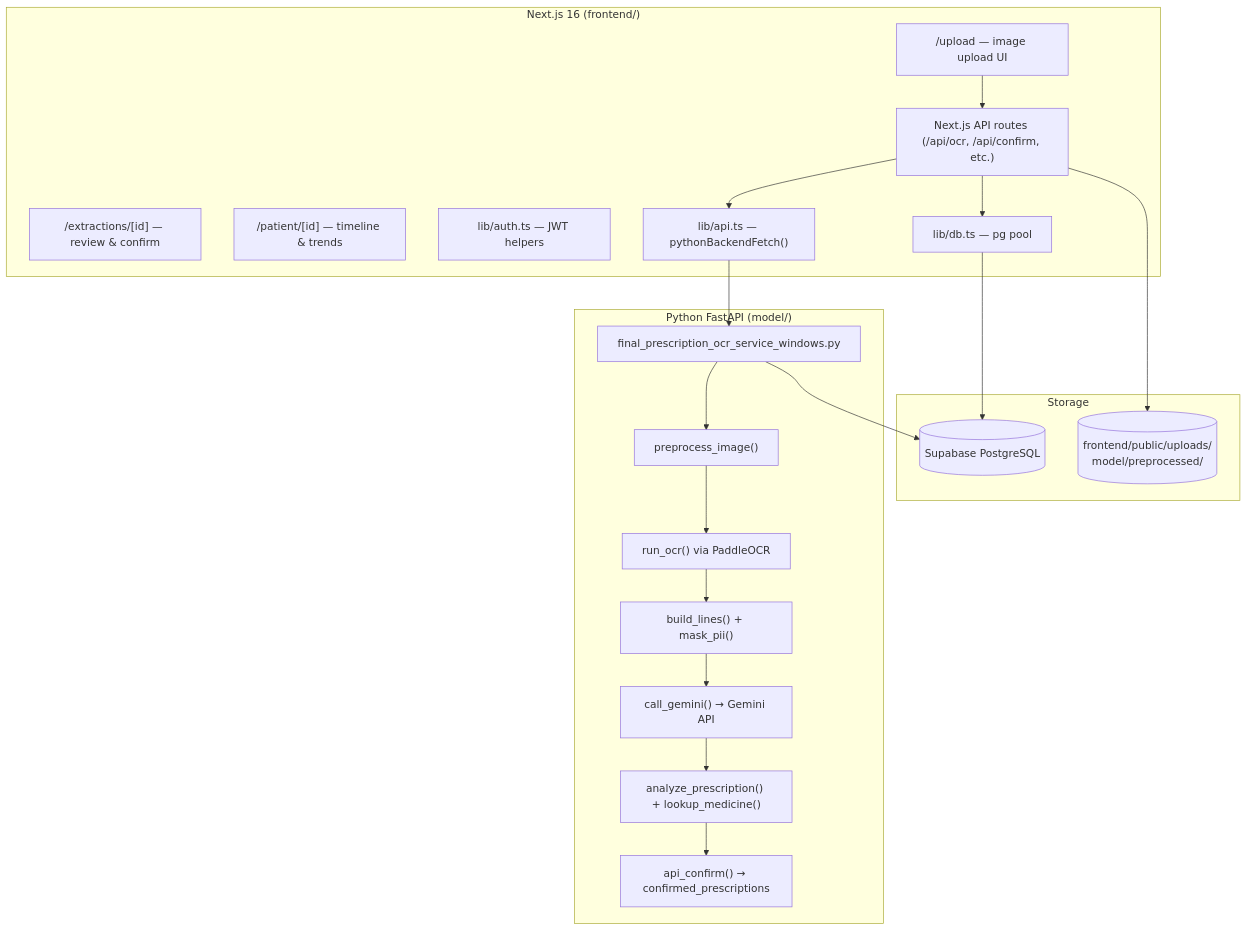
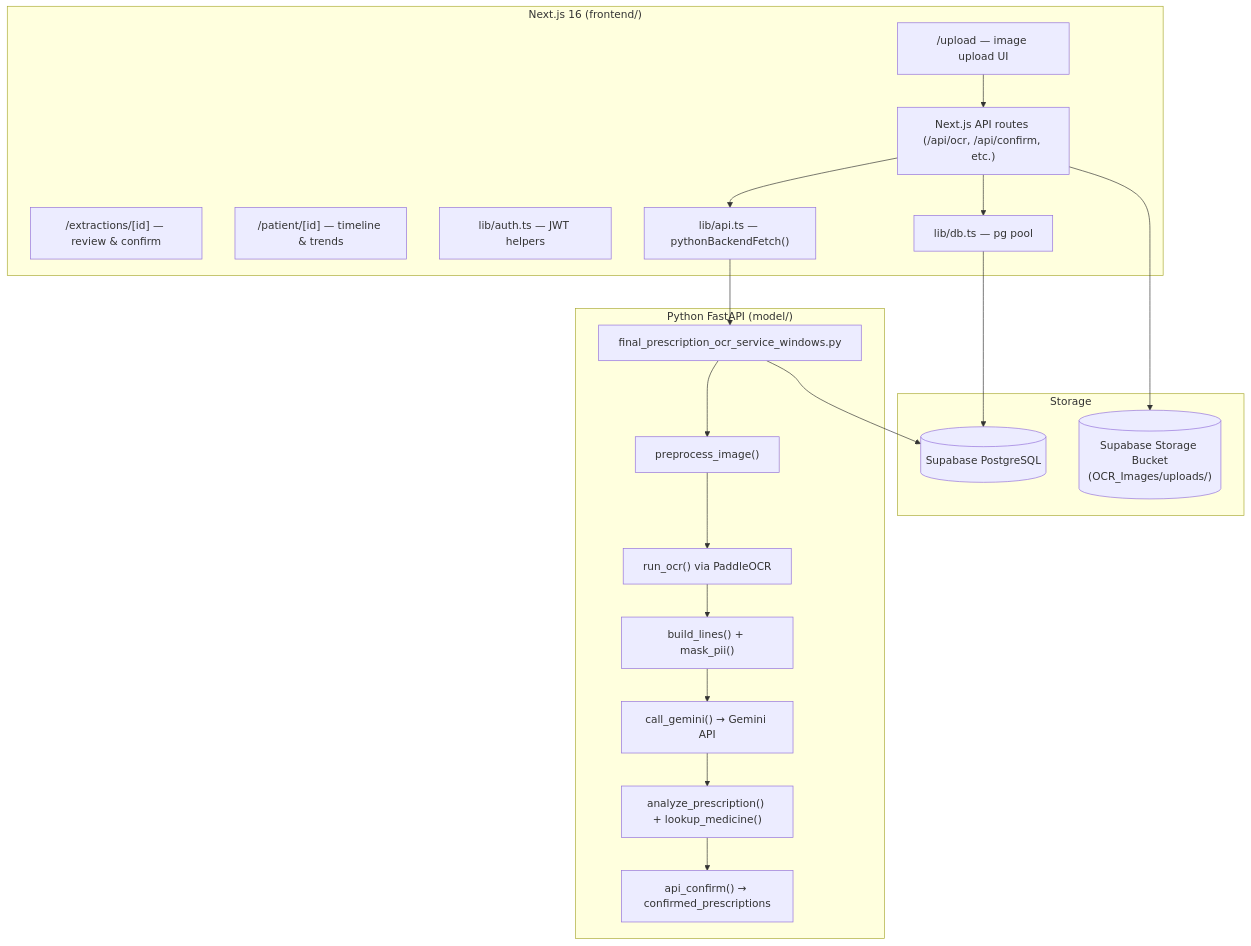
The second of 2 diagrams in docs/02_ARCHITECTURE.md (Aryan22N/PharmaBrain-), drawn with Mermaid before and after one commit. The commit also changed 7 other files, not shown here.

Commit message:
docs: update system documentation with Supabase Storage Cloud Bucket migration details

````diff
--- a/docs/02_ARCHITECTURE.md
+++ b/docs/02_ARCHITECTURE.md
@@ -33,35 +33,35 @@
 ```mermaid
 flowchart TD
     subgraph Frontend["Next.js 16 (frontend/)"]
         Upload["/upload — image upload UI"]
         Review["/extractions/[id] — review & confirm"]
         Patient["/patient/[id] — timeline & trends"]
         NextAPI["Next.js API routes (/api/ocr, /api/confirm, etc.)"]
         Auth["lib/auth.ts — JWT helpers"]
         DB_FE["lib/db.ts — pg pool"]
         API_FE["lib/api.ts — pythonBackendFetch()"]
     end
 
     subgraph Backend["Python FastAPI (model/)"]
         FastAPI["final_prescription_ocr_service_windows.py"]
         Preprocess["preprocess_image()"]
         OCR["run_ocr() via PaddleOCR"]
         Lines["build_lines() + mask_pii()"]
         LLM["call_gemini() → Gemini API"]
         Validator["analyze_prescription() + lookup_medicine()"]
         Confirm["api_confirm() → confirmed_prescriptions"]
     end
 
     subgraph Storage
         Supabase[("Supabase PostgreSQL")]
-        Disk[("frontend/public/uploads/\n model/preprocessed/")]
+        S3[("Supabase Storage Bucket\n(OCR_Images/uploads/)")]
     end
 
     Upload --> NextAPI
     NextAPI --> API_FE --> FastAPI
     NextAPI --> DB_FE --> Supabase
-    NextAPI --> Disk
+    NextAPI --> S3
 
     FastAPI --> Preprocess --> OCR --> Lines --> LLM --> Validator --> Confirm
     FastAPI --> Supabase
 ```
````
